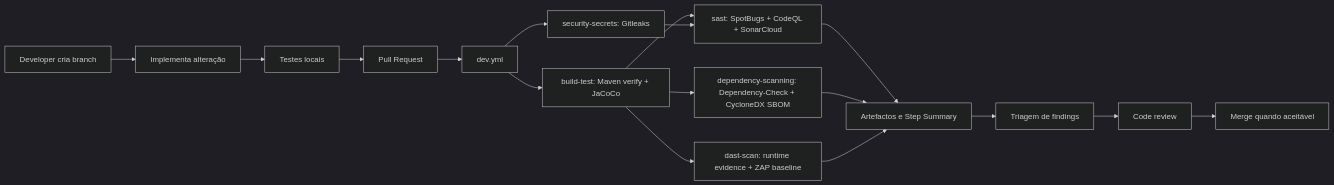
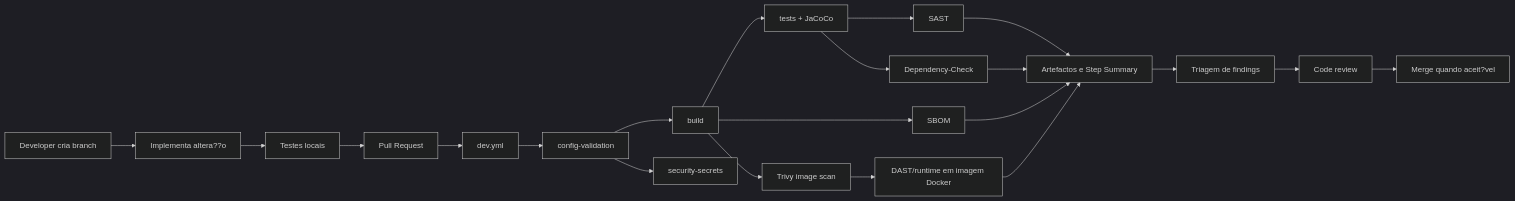
One commit to mei-desofs/desofs2026-wed_pbs_1 changed the second of 2 diagrams in Deliverables/Phase 2/Sprint 2/DEVSECOPS_PIPELINE.md. Above: the diagram before and after it, drawn with Mermaid (dark theme). The commit also changed other lines of this file and 9 other files, not shown here.

````diff
--- a/Deliverables/Phase 2/Sprint 2/DEVSECOPS_PIPELINE.md
+++ b/Deliverables/Phase 2/Sprint 2/DEVSECOPS_PIPELINE.md
@@ -92,19 +92,23 @@
 ```mermaid
 flowchart LR
-    A["Developer cria branch"] --> B["Implementa alteração"]
+    A["Developer cria branch"] --> B["Implementa altera??o"]
     B --> C["Testes locais"]
     C --> D["Pull Request"]
     D --> E["dev.yml"]
-    E --> F["build-test: Maven verify + JaCoCo"]
-    E --> G["security-secrets: Gitleaks"]
-    F --> H["sast: SpotBugs + CodeQL + SonarCloud"]
-    G --> H
-    F --> I["dependency-scanning: Dependency-Check + CycloneDX SBOM"]
-    F --> J["dast-scan: runtime evidence + ZAP baseline"]
-    H --> K["Artefactos e Step Summary"]
-    I --> K
-    J --> K
-    K --> L["Triagem de findings"]
-    L --> M["Code review"]
-    M --> N["Merge quando aceitável"]
+    E --> F["config-validation"]
+    F --> G["build"]
+    F --> H["security-secrets"]
+    G --> I["tests + JaCoCo"]
+    I --> J["SAST"]
+    I --> K["Dependency-Check"]
+    G --> L["SBOM"]
+    G --> M["Trivy image scan"]
+    M --> N["DAST/runtime em imagem Docker"]
+    J --> O["Artefactos e Step Summary"]
+    K --> O
+    L --> O
+    N --> O
+    O --> P["Triagem de findings"]
+    P --> Q["Code review"]
+    Q --> R["Merge quando aceit?vel"]
 ```
````
